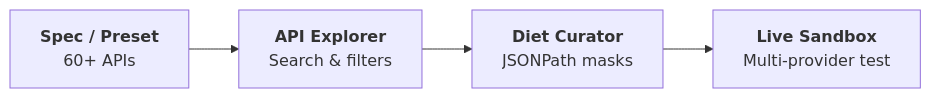
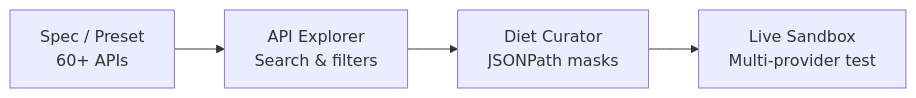
The diagram in packages/studio/content/docs/studio/index.mdx (BraveRam/postmcp), drawn with Mermaid before and after one commit. The commit also changed 12 other files, not shown here.

Commit message:
docs(mermaid): fix edge statement grammar and scrub obsolete preset references across documentation

````diff
--- a/packages/studio/content/docs/studio/index.mdx
+++ b/packages/studio/content/docs/studio/index.mdx
@@ -22,7 +22,6 @@
 ```mermaid
 flowchart LR
-  Spec["<b>Spec / Preset</b><br/>60+ APIs"]
-  --> Explorer["<b>API Explorer</b><br/>Search & filters"]
-  --> Curator["<b>Diet Curator</b><br/>JSONPath masks"]
-  --> Sandbox["<b>Live Sandbox</b><br/>Multi-provider test"]
+  Spec["Spec / Preset<br/>60+ APIs"] --> Explorer["API Explorer<br/>Search & filters"]
+  Explorer --> Curator["Diet Curator<br/>JSONPath masks"]
+  Curator --> Sandbox["Live Sandbox<br/>Multi-provider test"]
 ```
````
